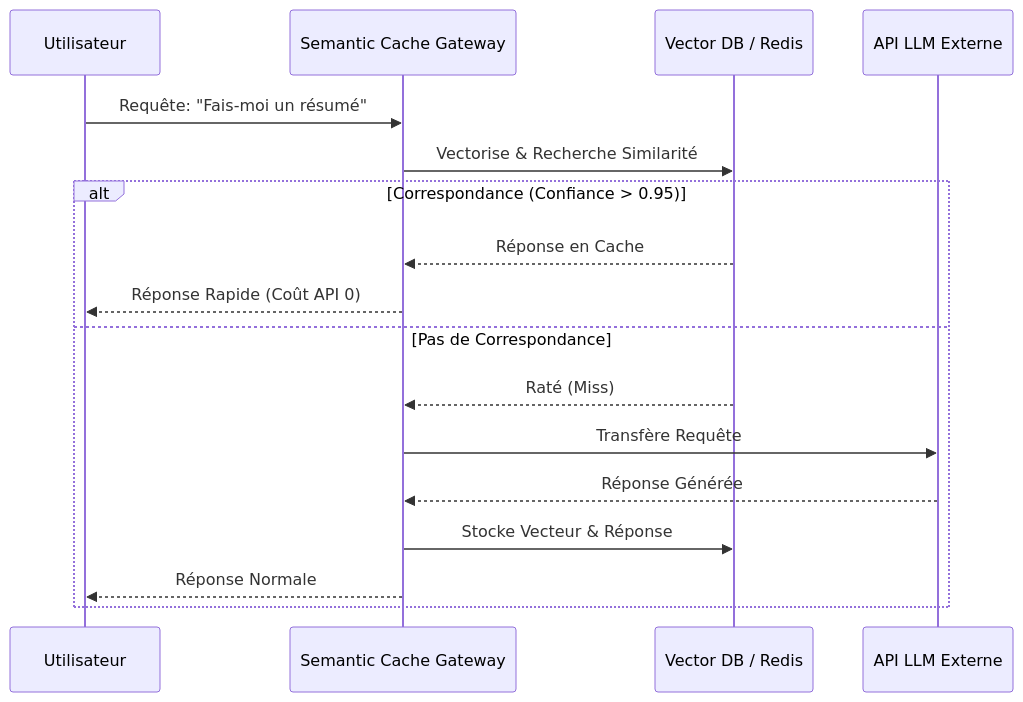
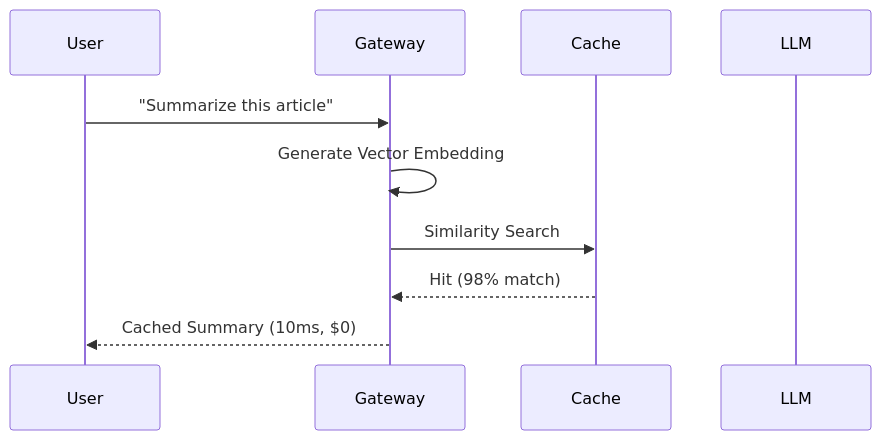
The second of 2 diagrams in ideas/semantic-cache-gateway/README.fr.md (flouzzy/top-100-ai-startup-ideas), drawn with Mermaid before and after one commit. The commit also changed other lines of this file and 41 other files, not shown here.

````diff
--- a/ideas/semantic-cache-gateway/README.fr.md
+++ b/ideas/semantic-cache-gateway/README.fr.md
@@ -40,19 +43,12 @@
 ```mermaid
 sequenceDiagram
-    participant Utilisateur
-    participant Gateway as Semantic Cache Gateway
-    participant Cache as Vector DB / Redis
-    participant LLM as API LLM Externe
-    Utilisateur->>Gateway: Requête: "Fais-moi un résumé"
-    Gateway->>Cache: Vectorise & Recherche Similarité
-    alt Correspondance (Confiance > 0.95)
-        Cache-->>Gateway: Réponse en Cache
-        Gateway-->>Utilisateur: Réponse Rapide (Coût API 0)
-    else Pas de Correspondance
-        Cache-->>Gateway: Raté (Miss)
-        Gateway->>LLM: Transfère Requête
-        LLM-->>Gateway: Réponse Générée
-        Gateway->>Cache: Stocke Vecteur & Réponse
-        Gateway-->>Utilisateur: Réponse Normale
-    end
+    participant User
+    participant Gateway
+    participant Cache
+    participant LLM
+    User->>Gateway: "Summarize this article"
+    Gateway->>Gateway: Generate Vector Embedding
+    Gateway->>Cache: Similarity Search
+    Cache-->>Gateway: Hit (98% match)
+    Gateway-->>User: Cached Summary (10ms, $0)
 ```
````
